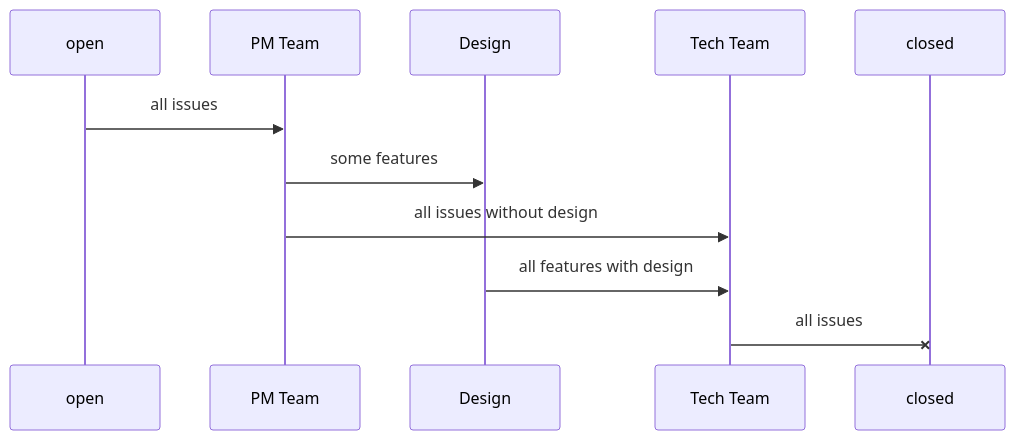
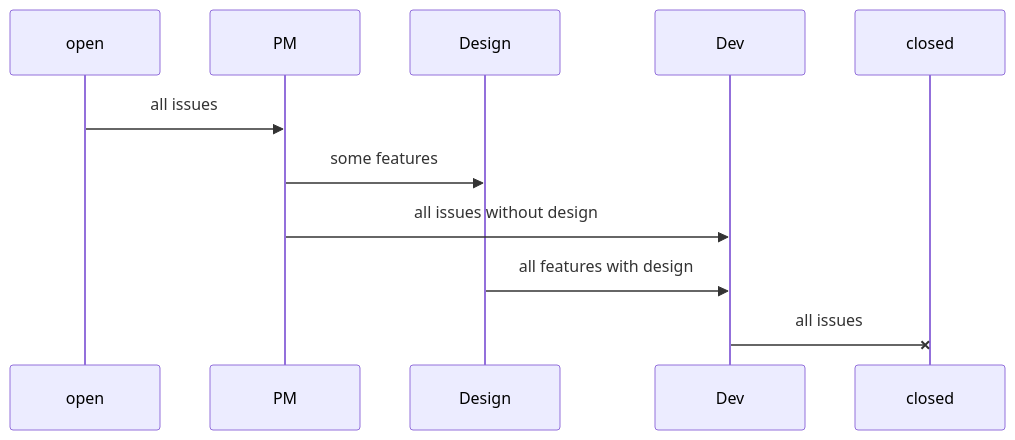
Before and after one commit to mmiranda222/.statsuite: the diagram in content/contributing/report an issue.md, drawn with Mermaid.

Commit message:
Update content/contributing/report an issue.md

````diff
--- a/content/contributing/report an issue.md
+++ b/content/contributing/report an issue.md
@@ -41,8 +41,8 @@
 ```mermaid
 sequenceDiagram;
-open ->> PM Team: all issues;
-PM Team ->> Design: some features;
-PM Team ->> Tech Team: all issues without design;
-Design ->> Tech Team: all features with design;
-Tech Team-x closed: all issues;
+open->>PM: all issues;
+PM->>Design: some features;
+PM->>Dev: all issues without design;
+Design->>Dev: all features with design;
+Dev-xclosed: all issues;
 ```
````
